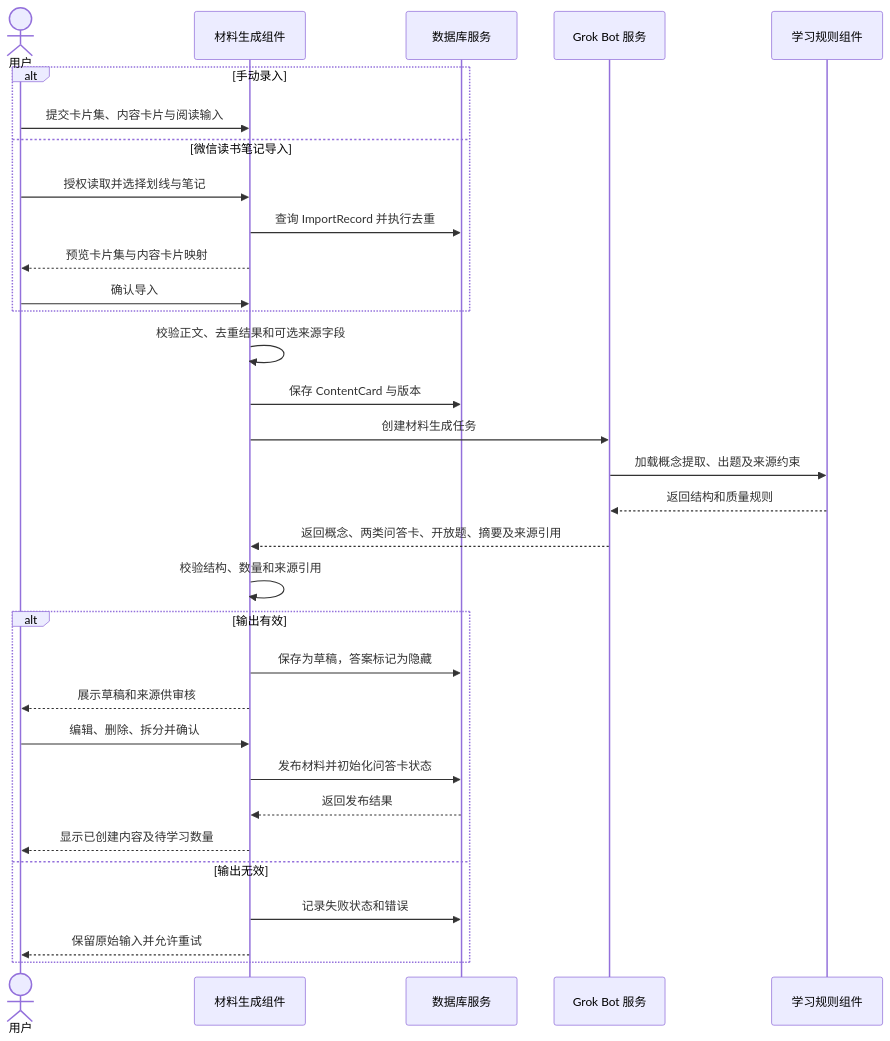
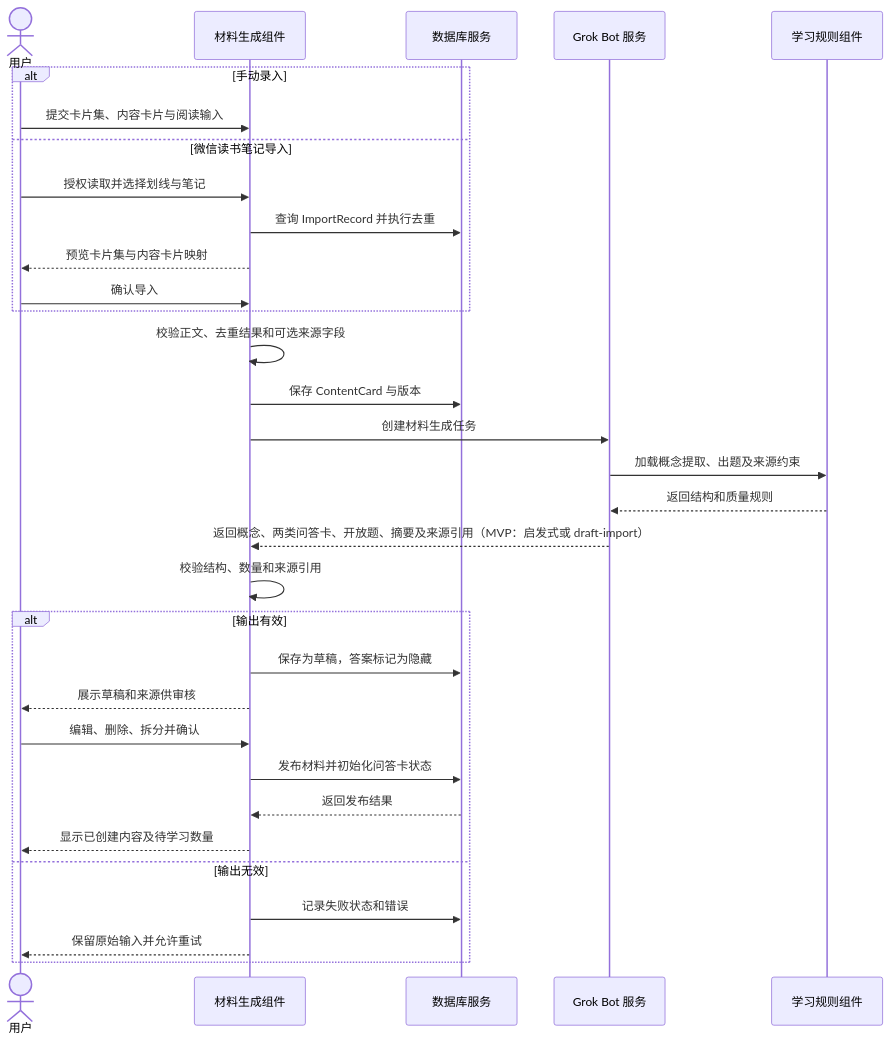
The first of 6 diagrams in docs/technical/sequences.md (TheWS/flash-bot), drawn with Mermaid before and after one commit. The commit also changed other lines of this file and 9 other files, not shown here.

````diff
--- a/docs/technical/sequences.md
+++ b/docs/technical/sequences.md
@@ -5,35 +5,35 @@
 ```mermaid
 sequenceDiagram
     actor U as 用户
     participant A as 材料生成组件
     participant D as 数据库服务
     participant G as Grok Bot 服务
     participant K as 学习规则组件
 
     alt 手动录入
         U->>A: 提交卡片集、内容卡片与阅读输入
     else 微信读书笔记导入
         U->>A: 授权读取并选择划线与笔记
         A->>D: 查询 ImportRecord 并执行去重
         A-->>U: 预览卡片集与内容卡片映射
         U->>A: 确认导入
     end
     A->>A: 校验正文、去重结果和可选来源字段
     A->>D: 保存 ContentCard 与版本
     A->>G: 创建材料生成任务
     G->>K: 加载概念提取、出题及来源约束
     K-->>G: 返回结构和质量规则
-    G-->>A: 返回概念、两类问答卡、开放题、摘要及来源引用
+    G-->>A: 返回概念、两类问答卡、开放题、摘要及来源引用（MVP：启发式或 draft-import）
     A->>A: 校验结构、数量和来源引用
     alt 输出有效
         A->>D: 保存为草稿，答案标记为隐藏
         A-->>U: 展示草稿和来源供审核
         U->>A: 编辑、删除、拆分并确认
         A->>D: 发布材料并初始化问答卡状态
         D-->>A: 返回发布结果
         A-->>U: 显示已创建内容及待学习数量
     else 输出无效
         A->>D: 记录失败状态和错误
         A-->>U: 保留原始输入并允许重试
     end
 ```
````
